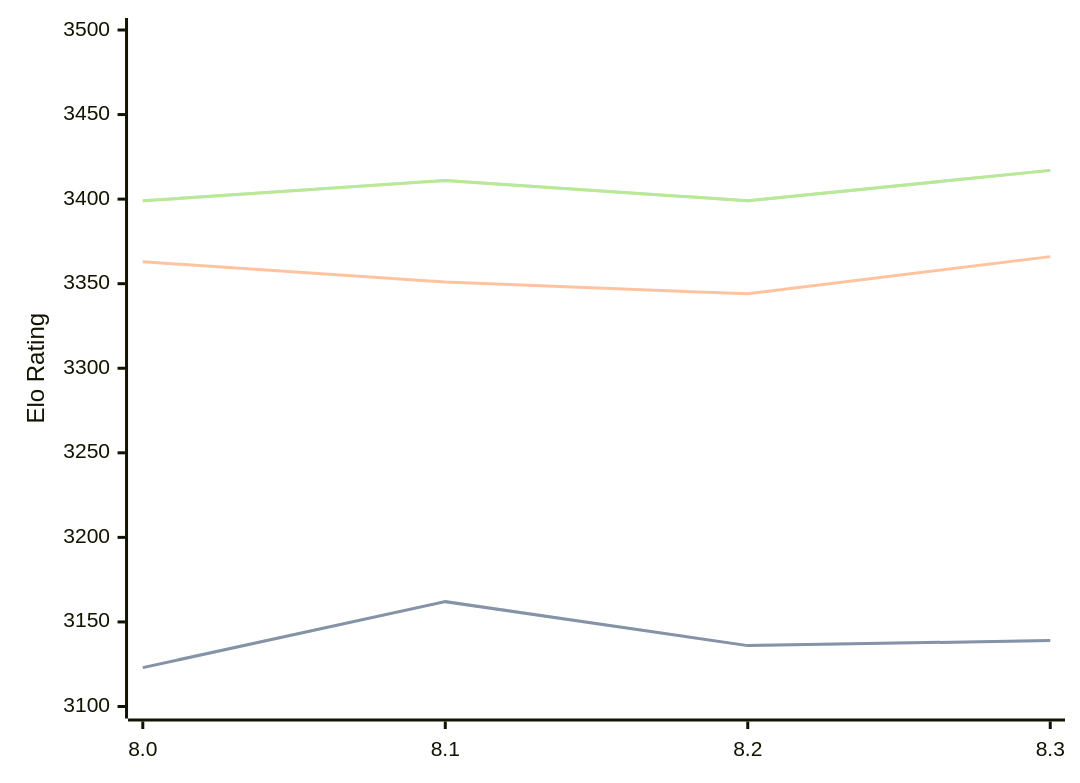
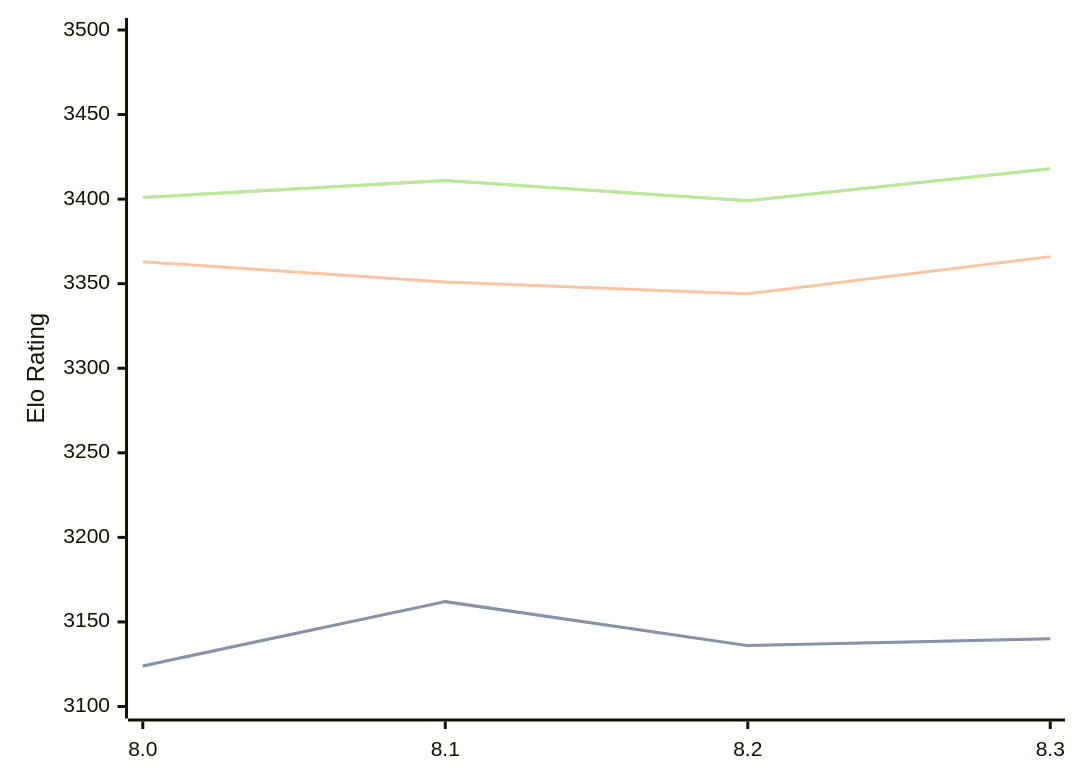
One commit to computer-chess-index/cci changed the first of 3 diagrams in engines/Alexander.md. Above: the diagram before and after it, drawn with Mermaid. The commit also changed other lines of this file, not shown here.

Commit message:
Update CCI Ratings (ELO VLTC) - 2026-06-21

````diff
--- a/engines/Alexander.md
+++ b/engines/Alexander.md
@@ -48,11 +48,11 @@
 ```mermaid
 %%{init: {"theme":"base","themeVariables":{"seriesColors:['#a3a3a3','#222221','#faa371']}}}%%
 xychart-beta
   x-axis ["8.0", "8.1", "8.2", "8.3"]
   y-axis "Elo Rating" 3100 --> 3500
-  line "STC (8.0+0.08s)" [3123, 3162, 3136, 3139]
-  line "STC (8.0+0.08s)" [3123, 3162, 3136, 3139]
+  line "STC (8.0+0.08s)" [3124, 3162, 3136, 3140]
+  line "STC (8.0+0.08s)" [3124, 3162, 3136, 3140]
   line "LTC (60.0+0.60s)" [3363, 3351, 3344, 3366]
-  line "VLTC (2m24s+1.12s)" [3399, 3411, 3399, 3417]
-  line "VLTC (2m24s+1.12s)" [3399, 3411, 3399, 3417]
+  line "VLTC (2m24s+1.12s)" [3401, 3411, 3399, 3418]
+  line "VLTC (2m24s+1.12s)" [3401, 3411, 3399, 3418]
 ```
````
